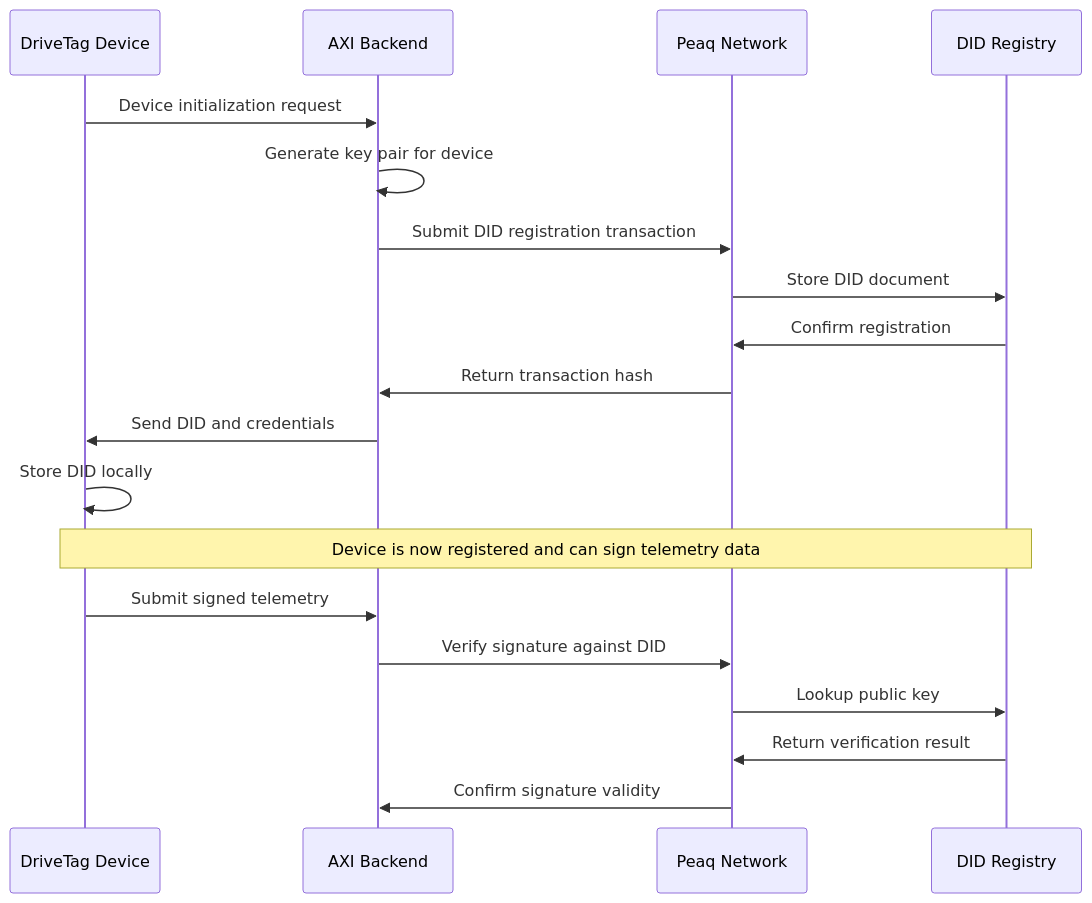
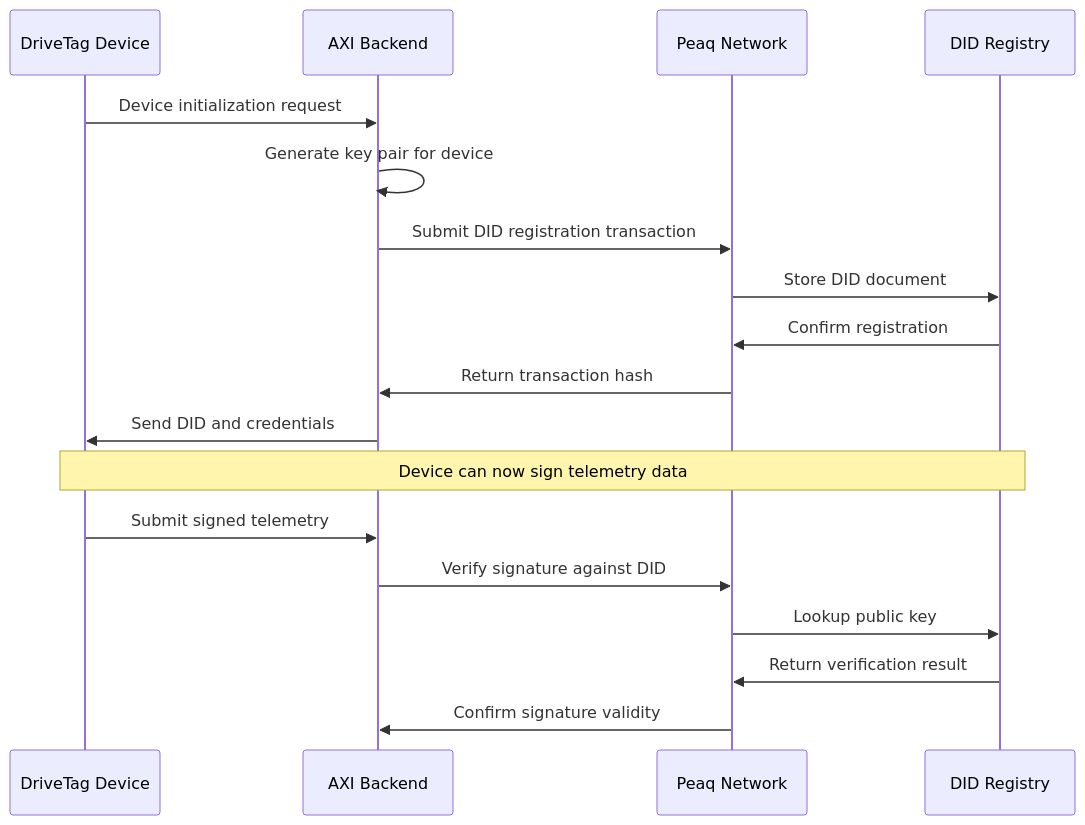
One commit to brn-mwai/aximobility-blockchain changed the eighth of 12 diagrams in README.md. Above: the diagram before and after it, drawn with Mermaid. The commit also changed other lines of this file, not shown here.

````diff
--- a/README.md
+++ b/README.md
@@ -173,24 +331,23 @@
 ```mermaid
 sequenceDiagram
     participant D as DriveTag Device
     participant A as AXI Backend
     participant P as Peaq Network
     participant R as DID Registry
     
     D->>A: Device initialization request
     A->>A: Generate key pair for device
     A->>P: Submit DID registration transaction
     P->>R: Store DID document
     R->>P: Confirm registration
     P->>A: Return transaction hash
     A->>D: Send DID and credentials
-    D->>D: Store DID locally
     
-    Note over D,R: Device is now registered and can sign telemetry data
+    Note over D,R: Device can now sign telemetry data
     
     D->>A: Submit signed telemetry
     A->>P: Verify signature against DID
     P->>R: Lookup public key
     R->>P: Return verification result
     P->>A: Confirm signature validity
 ```
````
